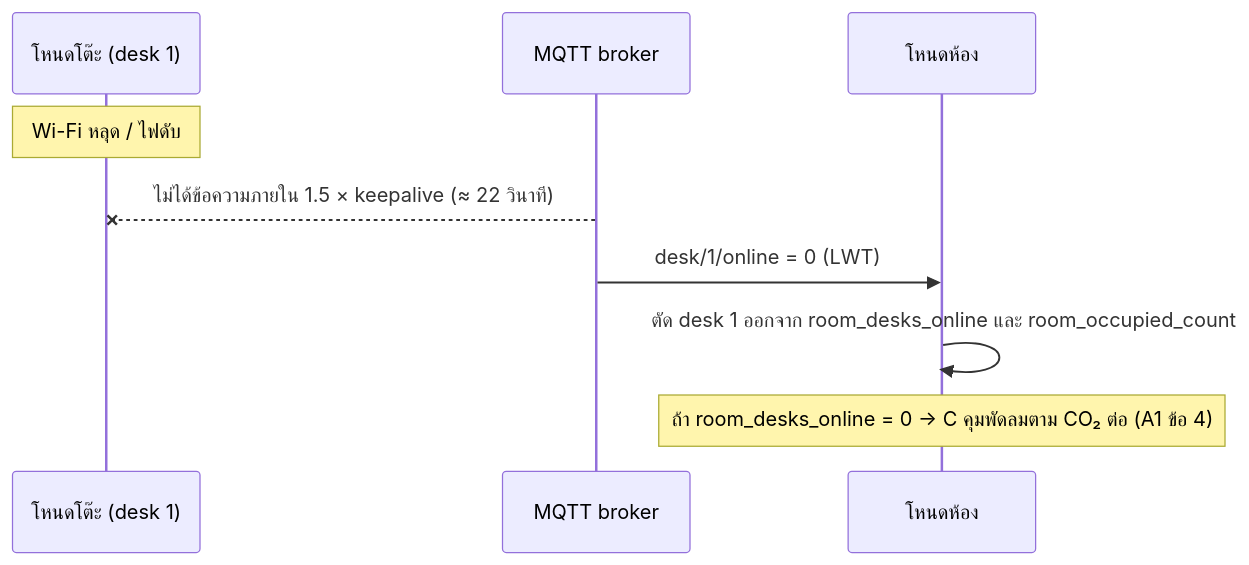
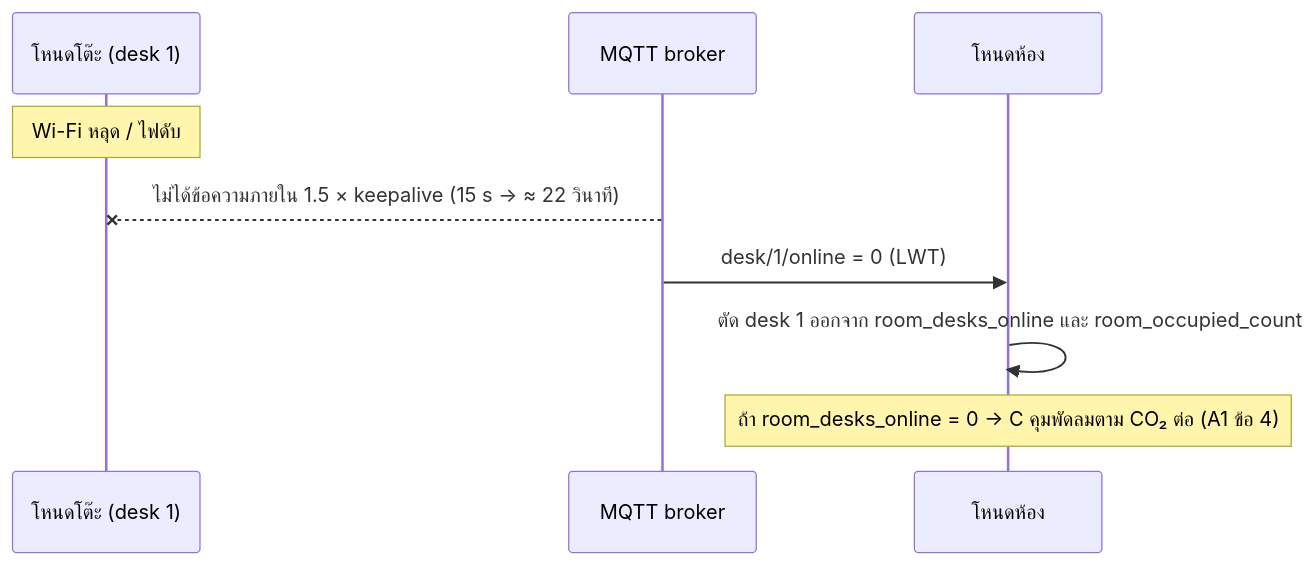
One commit to AnMayVaa/smart-workstation-env-regulator changed the second of 2 diagrams in 04_logic/A3_communication.md. Above: the diagram before and after it, drawn with Mermaid. The commit also changed other lines of this file and 3 other files, not shown here.

````diff
--- a/04_logic/A3_communication.md
+++ b/04_logic/A3_communication.md
@@ -109,11 +109,11 @@
 ```mermaid
 sequenceDiagram
   participant D as โหนดโต๊ะ (desk 1)
   participant M as MQTT broker
   participant R as โหนดห้อง
   Note over D: Wi-Fi หลุด / ไฟดับ
-  M--xD: ไม่ได้ข้อความภายใน 1.5 × keepalive (≈ 22 วินาที)
+  M--xD: ไม่ได้ข้อความภายใน 1.5 × keepalive (15 s → ≈ 22 วินาที)
   M->>R: desk/1/online = 0 (LWT)
   R->>R: ตัด desk 1 ออกจาก room_desks_online และ room_occupied_count
   Note over R: ถ้า room_desks_online = 0 → C คุมพัดลมตาม CO₂ ต่อ (A1 ข้อ 4)
 ```
````
